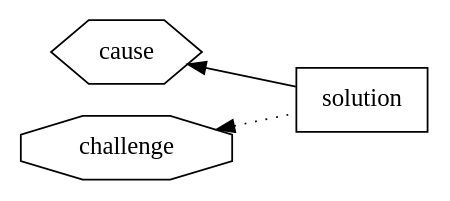
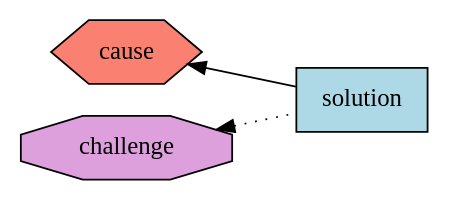
The fifth of 13 diagrams in Ethereum1x_definition.md (ledgerwatch/eth_state), drawn with Graphviz before and after one commit. The commit also changed other lines of this file, not shown here.

````diff
--- a/Ethereum1x_definition.md
+++ b/Ethereum1x_definition.md
@@ -51,10 +51,10 @@
 ```graphviz
 digraph solutions {
 rankdir=LR;
-solution [shape="box"];
-cause [shape="hexagon"];
-challenge [shape="octagon"]
+solution [shape=box style=filled fillcolor=lightblue];
+cause [shape=hexagon style=filled fillcolor=salmon];
+challenge [shape=octagon style=filled fillcolor=plum]
 cause -> solution [dir=back];
 challenge -> solution [dir=back style=dotted]
 }
 ```
````
